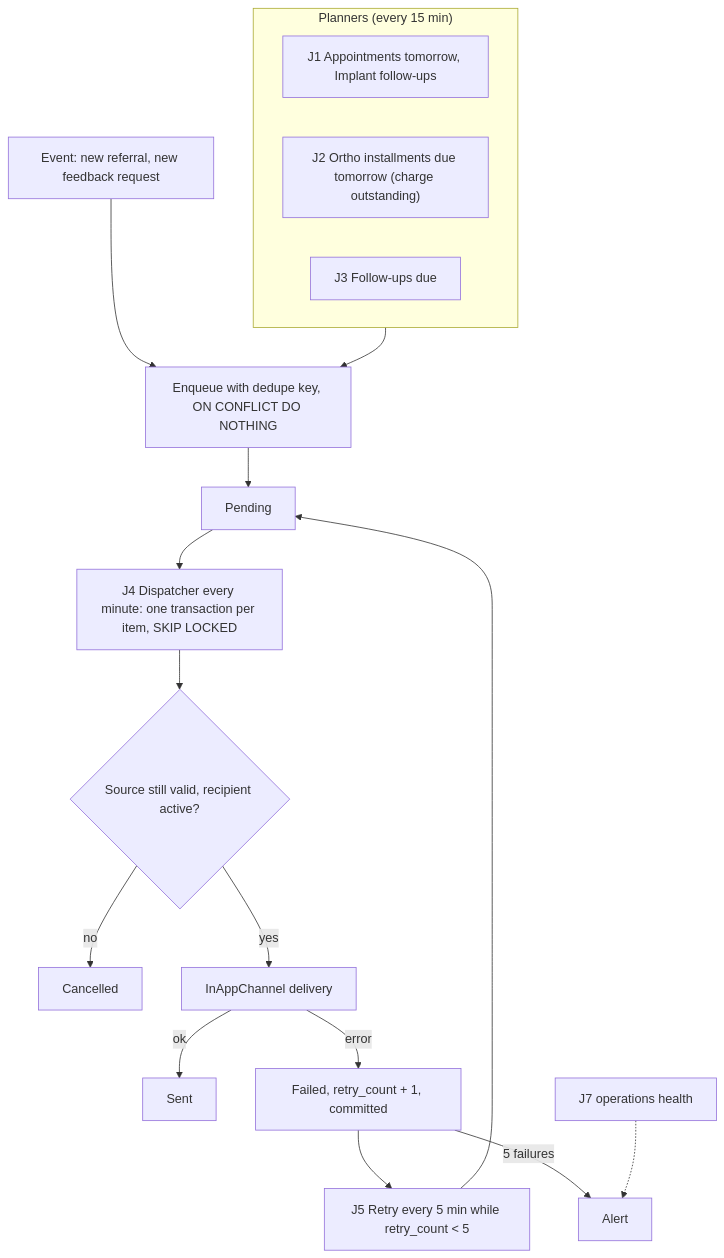
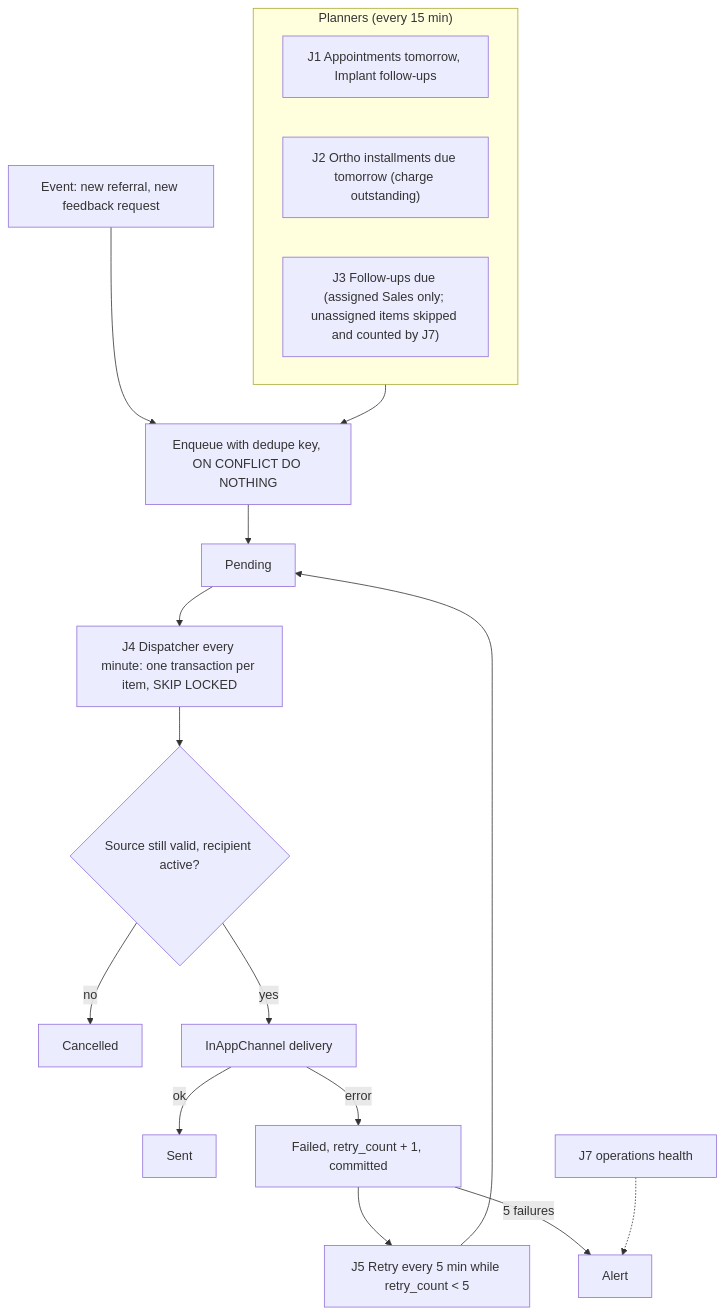
One commit to mostafaabdullah11/Dental-clinical-system changed the diagram in docs/diagrams/diagram-19-notification-background-job-workflow.mmd. Above: the diagram before and after it, drawn with Mermaid. The commit also changed 51 other files, not shown here.

```diff
--- a/docs/diagrams/diagram-19-notification-background-job-workflow.mmd
+++ b/docs/diagrams/diagram-19-notification-background-job-workflow.mmd
@@ -1,20 +1,20 @@
 flowchart TD
     subgraph PL["Planners (every 15 min)"]
         J1["J1 Appointments tomorrow, Implant follow-ups"]
         J2["J2 Ortho installments due tomorrow (charge outstanding)"]
-        J3["J3 Follow-ups due"]
+        J3["J3 Follow-ups due (assigned Sales only; unassigned items skipped and counted by J7)"]
     end
     EV["Event: new referral, new feedback request"]
     PL --> ENQ["Enqueue with dedupe key, ON CONFLICT DO NOTHING"]
     EV --> ENQ
     ENQ --> PEN["Pending"]
     PEN --> J4["J4 Dispatcher every minute: one transaction per item, SKIP LOCKED"]
     J4 --> VAL{"Source still valid, recipient active?"}
     VAL -->|"no"| CAN["Cancelled"]
     VAL -->|"yes"| SEND["InAppChannel delivery"]
     SEND -->|"ok"| SENT["Sent"]
     SEND -->|"error"| FAIL["Failed, retry_count + 1, committed"]
     FAIL --> J5["J5 Retry every 5 min while retry_count < 5"]
     J5 --> PEN
     FAIL -->|"5 failures"| ALERT["Alert"]
     J7["J7 operations health"] -.-> ALERT
```
